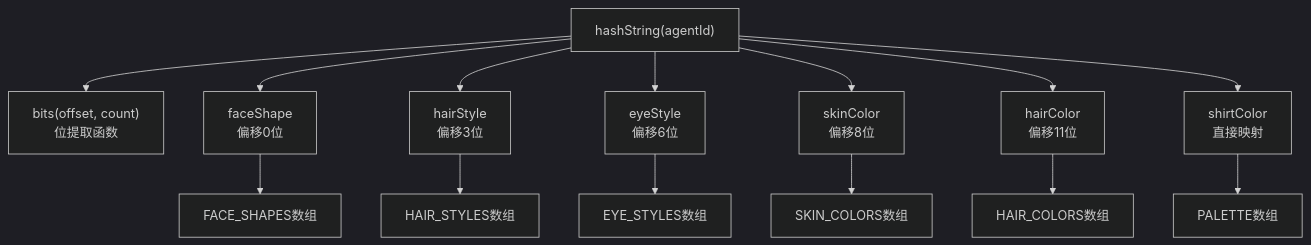
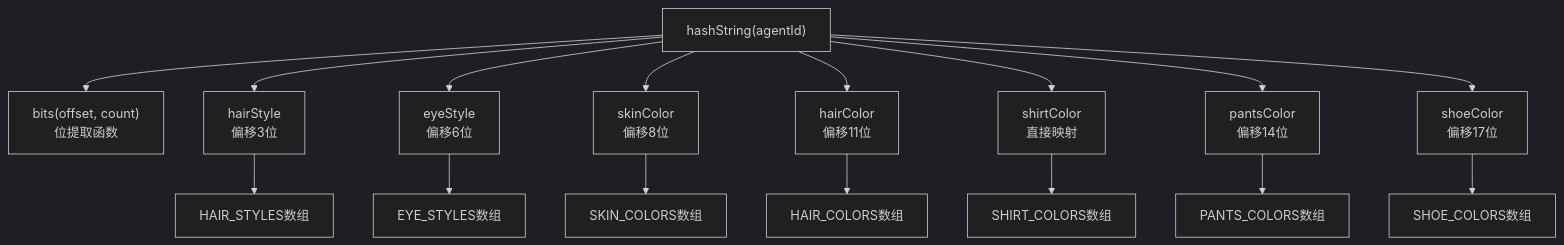
Before and after one commit to WW-AI-Lab/openclaw-office: the fifth of 6 diagrams in .qoder/repowiki/zh/content/工具函数库/SVG头像生成器.md, drawn with Mermaid (dark theme). The commit also changed other lines of this file and 15 other files, not shown here.

````diff
--- a/.qoder/repowiki/zh/content/工具函数库/SVG头像生成器.md
+++ b/.qoder/repowiki/zh/content/工具函数库/SVG头像生成器.md
@@ -230,16 +276,18 @@
 ```mermaid
 flowchart TD
 HASH["hashString(agentId)"] --> BITS["bits(offset, count)<br/>位提取函数"]
-HASH --> SHAPE["faceShape<br/>偏移0位"]
 HASH --> HAIR["hairStyle<br/>偏移3位"]
 HASH --> EYES["eyeStyle<br/>偏移6位"]
 HASH --> SKIN["skinColor<br/>偏移8位"]
 HASH --> HAIR_COLOR["hairColor<br/>偏移11位"]
 HASH --> SHIRT["shirtColor<br/>直接映射"]
-SHAPE --> SHAPE_SET["FACE_SHAPES数组"]
+HASH --> PANTS["pantsColor<br/>偏移14位"]
+HASH --> SHOES["shoeColor<br/>偏移17位"]
 HAIR --> HAIR_SET["HAIR_STYLES数组"]
 EYES --> EYES_SET["EYE_STYLES数组"]
 SKIN --> SKIN_SET["SKIN_COLORS数组"]
 HAIR_COLOR --> HAIR_SET2["HAIR_COLORS数组"]
-SHIRT --> PALETTE["PALETTE数组"]
+SHIRT --> SHIRT_SET["SHIRT_COLORS数组"]
+PANTS --> PANTS_SET["PANTS_COLORS数组"]
+SHOES --> SHOE_SET["SHOE_COLORS数组"]
 ```
````
